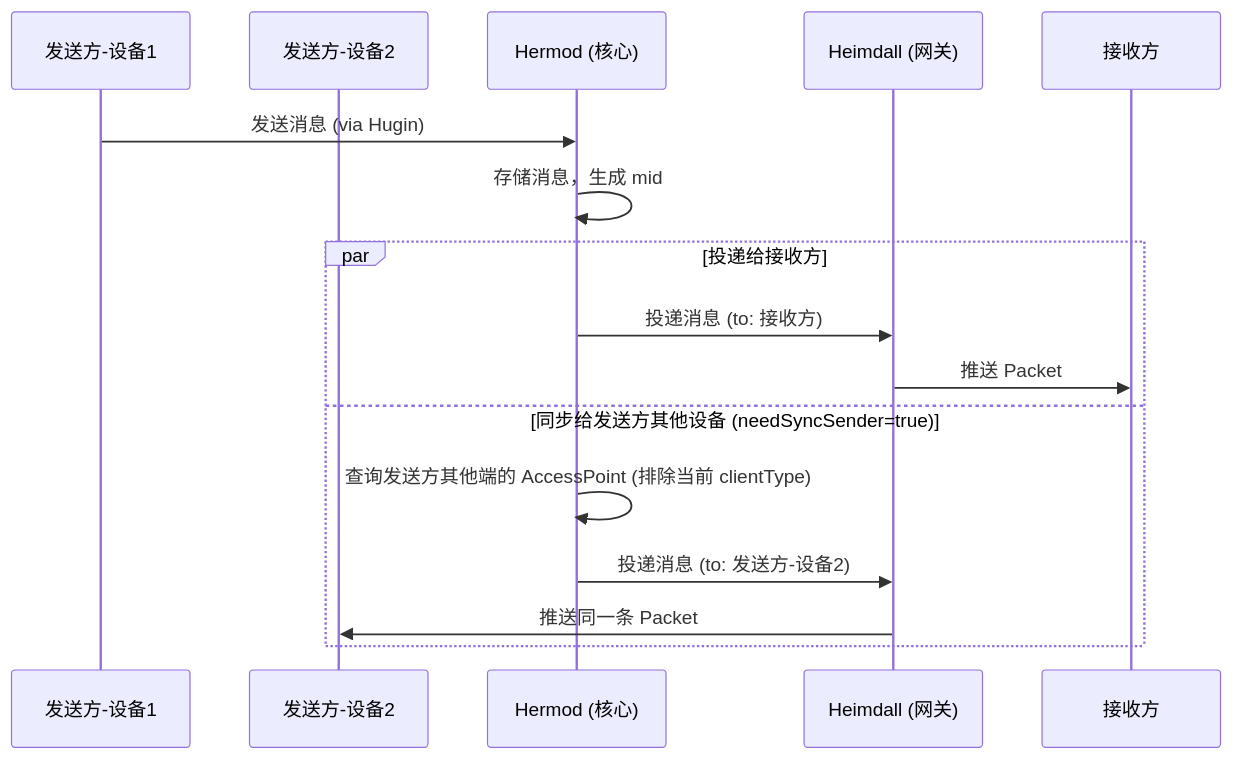
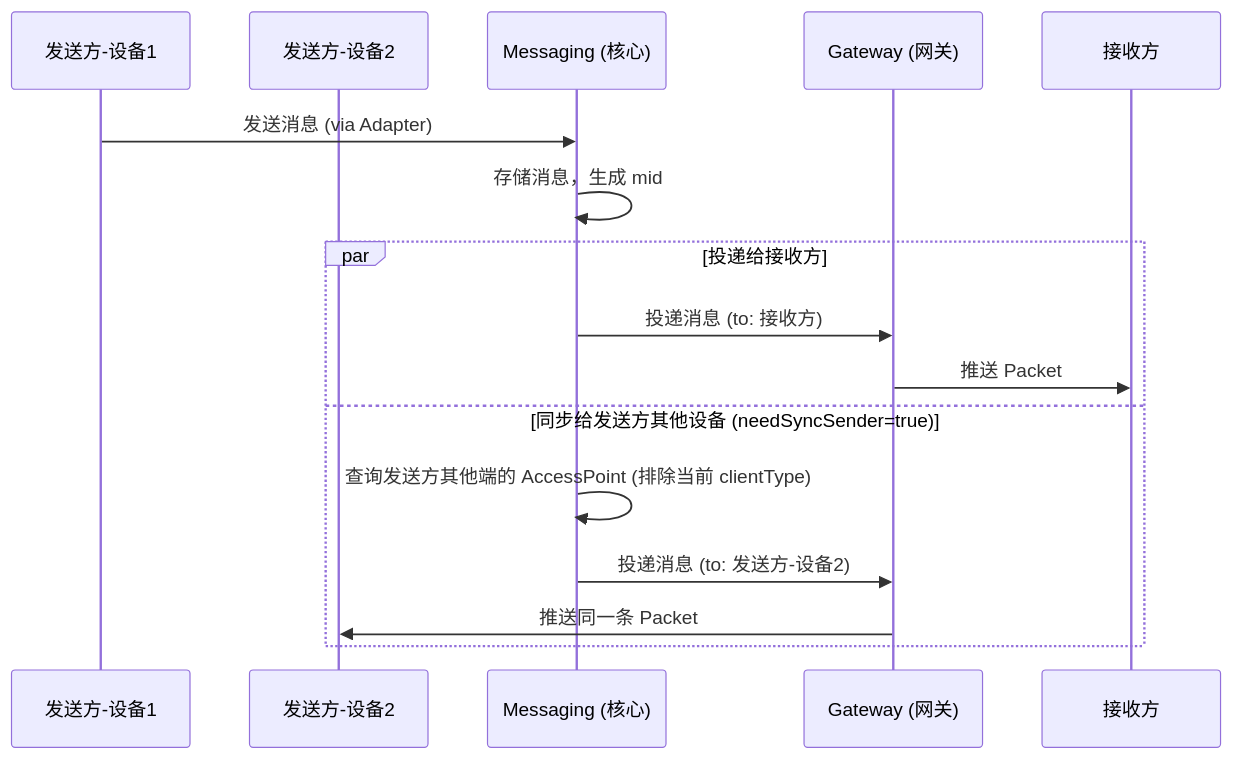
One commit to givingwu/bifrost-chat changed the seventh of 13 diagrams in specs/bifrost-client-integration-guide.md. Above: the diagram before and after it, drawn with Mermaid. The commit also changed other lines of this file and 53 other files, not shown here.

````diff
--- a/specs/bifrost-client-integration-guide.md
+++ b/specs/bifrost-client-integration-guide.md
@@ -911,20 +911,20 @@
 ```mermaid
 sequenceDiagram
     participant C1 as 发送方-设备1
     participant C2 as 发送方-设备2
-    participant HM as Hermod (核心)
-    participant H as Heimdall (网关)
+    participant HM as Messaging (核心)
+    participant H as Gateway (网关)
     participant CB as 接收方
 
-    C1->>HM: 发送消息 (via Hugin)
+    C1->>HM: 发送消息 (via Adapter)
     HM->>HM: 存储消息，生成 mid
 
     par 投递给接收方
         HM->>H: 投递消息 (to: 接收方)
         H->>CB: 推送 Packet
     and 同步给发送方其他设备 (needSyncSender=true)
         HM->>HM: 查询发送方其他端的 AccessPoint (排除当前 clientType)
         HM->>H: 投递消息 (to: 发送方-设备2)
         H->>C2: 推送同一条 Packet
     end
 ```
````
